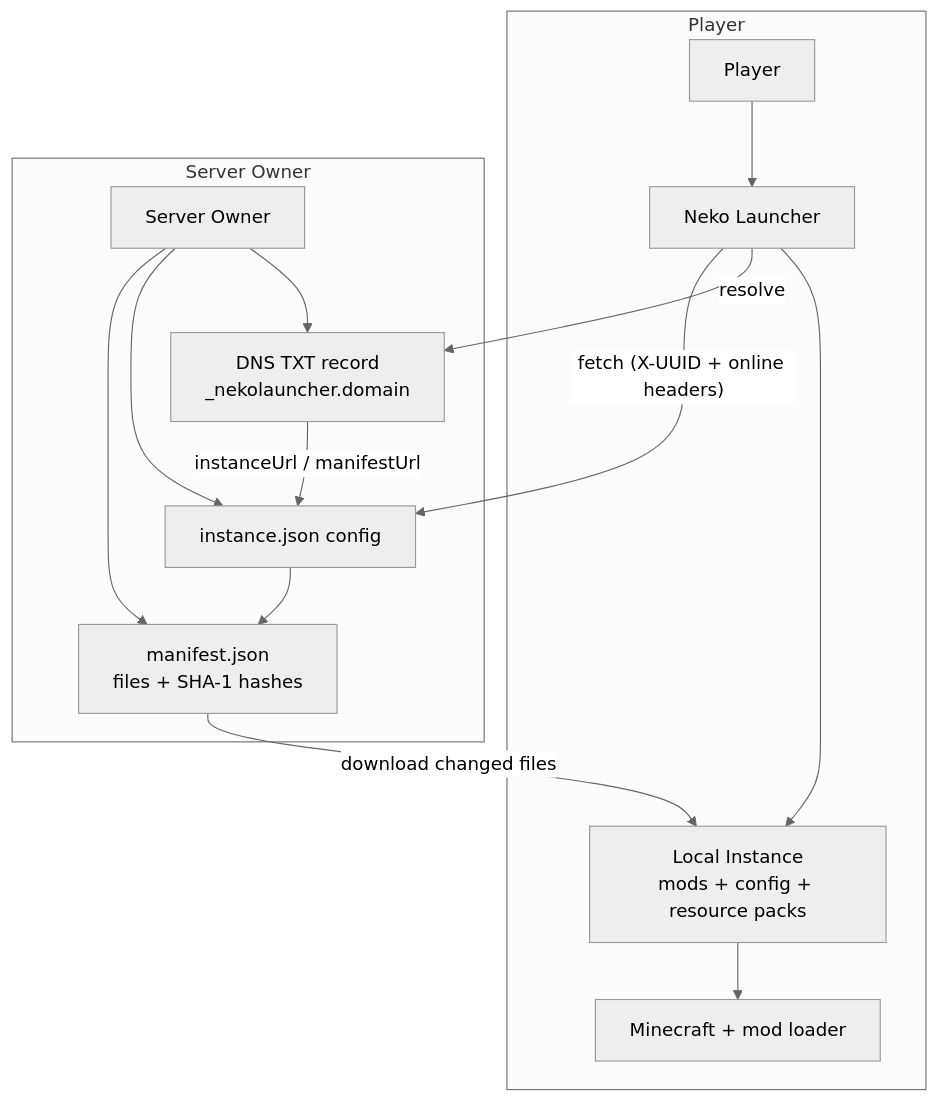
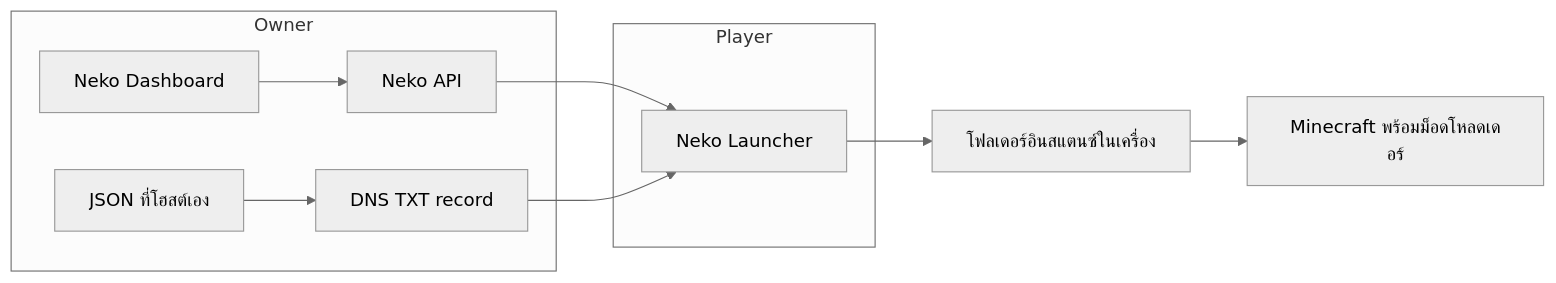
Before and after one commit to alice-magic/wiki: the diagram in th/README.md, drawn with Mermaid (neutral theme). The commit also changed other lines of this file and 43 other files, not shown here.

Commit message:
docs: rewrite the wiki for the Neko platform (players, dashboard, technical reference), EN + TH

````diff
--- a/th/README.md
+++ b/th/README.md
@@ -13,20 +24,14 @@
 ```mermaid
-graph TD
+graph LR
+  subgraph Owner
+    D[Neko Dashboard] --> API[Neko API]
+    H[JSON ที่โฮสต์เอง] --> DNS[DNS TXT record]
+  end
   subgraph Player
-    P[Player] --> L[Neko Launcher]
-    L --> I[Local Instance<br/>mods + config + resource packs]
-    I --> MC[Minecraft + mod loader]
+    L[Neko Launcher]
   end
-
-  subgraph "Server Owner"
-    O[Server Owner] --> DNS["DNS TXT record<br/>_nekolauncher.domain"]
-    O --> CFG[instance.json config]
-    O --> MAN["manifest.json<br/>files + SHA-1 hashes"]
-  end
-
-  L -->|resolve| DNS
-  DNS -->|instanceUrl / manifestUrl| CFG
-  L -->|"fetch (X-UUID + online headers)"| CFG
-  CFG --> MAN
-  MAN -->|download changed files| I
+  API --> L
+  DNS --> L
+  L --> I[โฟลเดอร์อินสแตนซ์ในเครื่อง]
+  I --> MC[Minecraft พร้อมม็อดโหลดเดอร์]
 ```
````
